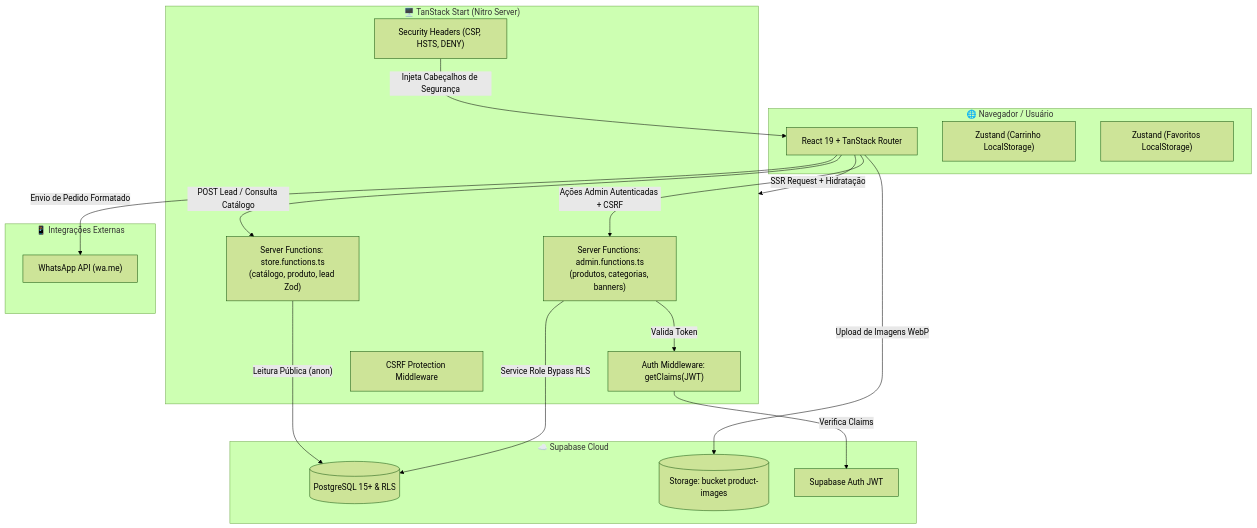
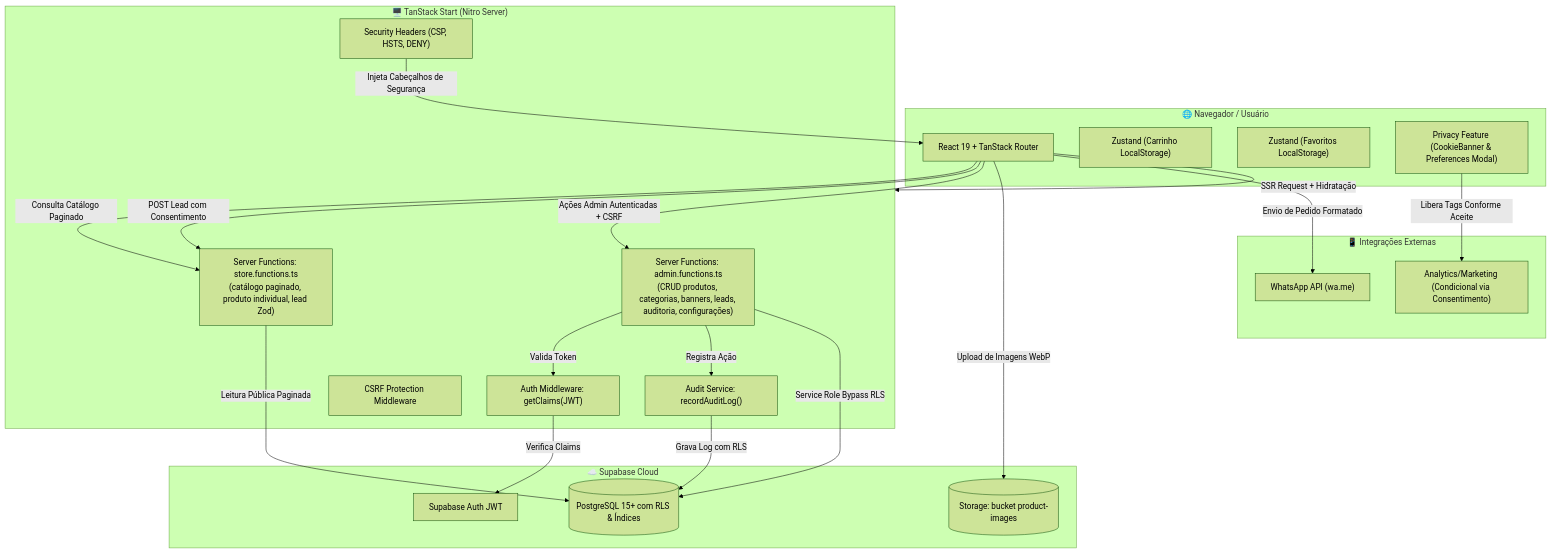
One commit to TheusCampos/Web-catalogo-metal-arts changed the diagram in docs/DOCUMENTACAO_SISTEMA.md. Above: the diagram before and after it, drawn with Mermaid (forest theme). The commit also changed other lines of this file and 41 other files, not shown here.

First line of the commit message:
feat: implementa otimizacao de performance, conformidade LGPD, cookie consent, auditoria e campo CNPJ

````diff
--- a/docs/DOCUMENTACAO_SISTEMA.md
+++ b/docs/DOCUMENTACAO_SISTEMA.md
@@ -29,37 +31,44 @@
 ```mermaid
 graph TD
     subgraph Cliente["🌐 Navegador / Usuário"]
         UI["React 19 + TanStack Router"]
         Cart["Zustand (Carrinho LocalStorage)"]
         Favs["Zustand (Favoritos LocalStorage)"]
+        ConsentUI["Privacy Feature (CookieBanner & Preferences Modal)"]
     end
 
     subgraph SSR["🖥️ TanStack Start (Nitro Server)"]
-        SF_Public["Server Functions: store.functions.ts\n(catálogo, produto, lead Zod)"]
-        SF_Admin["Server Functions: admin.functions.ts\n(produtos, categorias, banners)"]
+        SF_Public["Server Functions: store.functions.ts\n(catálogo paginado, produto individual, lead Zod)"]
+        SF_Admin["Server Functions: admin.functions.ts\n(CRUD produtos, categorias, banners, leads, auditoria, configurações)"]
         AuthMiddleware["Auth Middleware: getClaims(JWT)"]
         CSRF["CSRF Protection Middleware"]
         SecHeaders["Security Headers (CSP, HSTS, DENY)"]
+        AuditLogger["Audit Service: recordAuditLog()"]
     end
 
     subgraph Supabase["☁️ Supabase Cloud"]
-        Postgres[(PostgreSQL 15+ & RLS)]
+        Postgres[(PostgreSQL 15+ com RLS & Índices)]
         Storage[(Storage: bucket product-images)]
         AuthService[Supabase Auth JWT]
     end
 
     subgraph Destinos["📱 Integrações Externas"]
         WA["WhatsApp API (wa.me)"]
+        AnalyticsCond["Analytics/Marketing (Condicional via Consentimento)"]
     end
 
     UI -->|"SSR Request + Hidratação"| SSR
-    UI -->|"POST Lead / Consulta Catálogo"| SF_Public
+    UI -->|"Consulta Catálogo Paginado"| SF_Public
+    UI -->|"POST Lead com Consentimento"| SF_Public
     UI -->|"Ações Admin Autenticadas + CSRF"| SF_Admin
     SF_Admin -->|"Valida Token"| AuthMiddleware
     AuthMiddleware -->|"Verifica Claims"| AuthService
-    SF_Public -->|"Leitura Pública (anon)"| Postgres
+    SF_Admin -->|"Registra Ação"| AuditLogger
+    AuditLogger -->|"Grava Log com RLS"| Postgres
+    SF_Public -->|"Leitura Pública Paginada"| Postgres
     SF_Admin -->|"Service Role Bypass RLS"| Postgres
     UI -->|"Upload de Imagens WebP"| Storage
     UI -->|"Envio de Pedido Formatado"| WA
+    ConsentUI -->|"Libera Tags Conforme Aceite"| AnalyticsCond
     SecHeaders -->|"Injeta Cabeçalhos de Segurança"| UI
 ```
````
